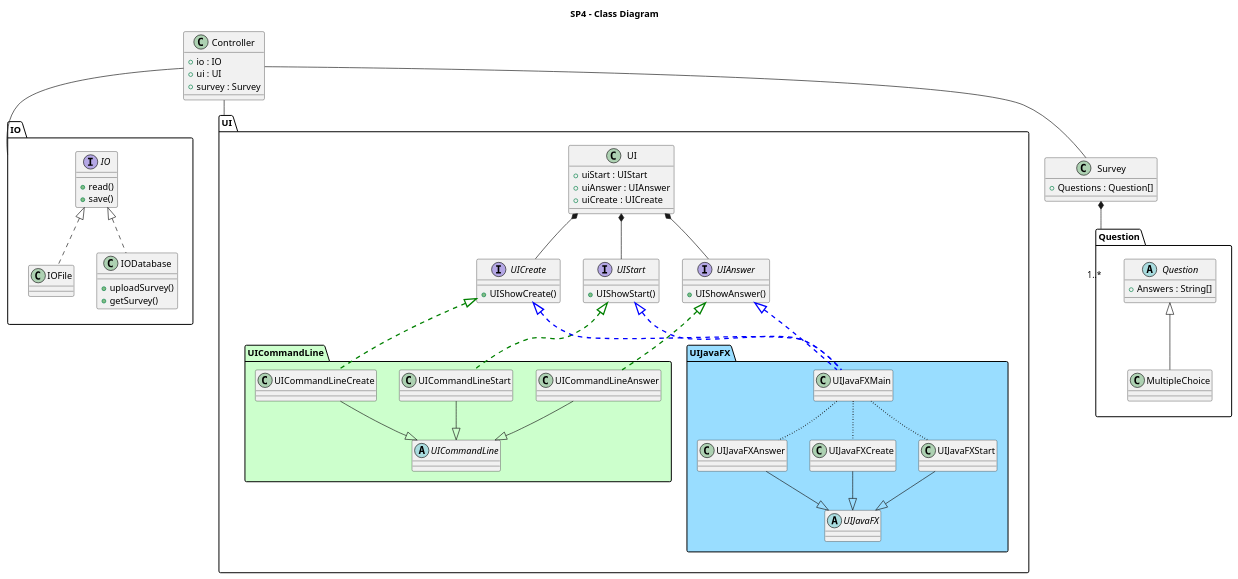
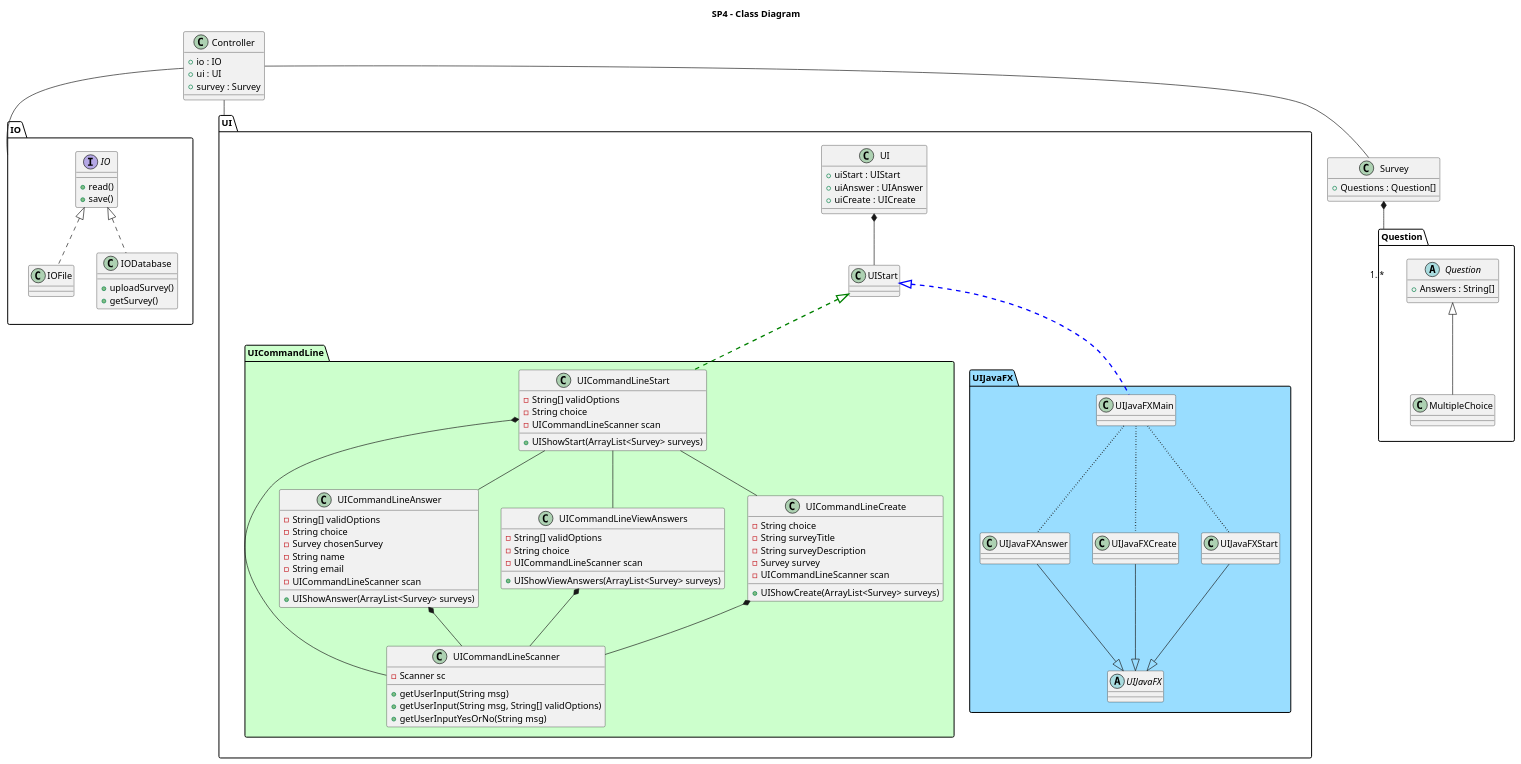
One commit to DeRp-DaWg/SP4 changed the diagram in doc/Class Diagram.puml. Above: the diagram before and after it, drawn with PlantUML. The commit also changed 10 other files, not shown here.

Commit message:
removed unused ui interfaces and updated class diagram

```diff
--- a/doc/Class Diagram.puml
+++ b/doc/Class Diagram.puml
@@ -1,124 +1,147 @@
 @startuml
 'https://plantuml.com/class-diagram
 title SP4 - Class Diagram
 
 package Question {
     abstract class Question {
         + Answers : String[]
     }
 
     class MultipleChoice {
     }
 
     'class CheckboxChoice {'
     '}'
 
     Question <|-- MultipleChoice
     'Question <|-- CheckboxChoice'
 }
 
 class Survey {
     + Questions : Question[]
 }
 
 Survey *--"1..*" Question
 
 
 package IO {
     interface IO {
         + read()
         + save()
     }
 
     class IOFile {
     }
 
     class IODatabase {
         + uploadSurvey()
         + getSurvey()
     }
 
     IO <|.. IOFile
     IO <|.. IODatabase
 }
 
 package UI {
     class UI {
         + uiStart : UIStart
         + uiAnswer : UIAnswer
         + uiCreate : UICreate
     }
 
-    interface UIStart {
-        + UIShowStart()
-    }
+    UI *-- UIStart
 
-    interface UIAnswer {
-        + UIShowAnswer()
-    }
+ package UICommandLine #CCFFCC {
+         class UICommandLineScanner {
+              -Scanner sc
 
-    interface UICreate {
-        + UIShowCreate()
-    }
+              +getUserInput(String msg)
+              +getUserInput(String msg, String[] validOptions)
+              +getUserInputYesOrNo(String msg)
 
-    UI *-- UIStart
-    UI *-- UIAnswer
-    UI *-- UICreate
-    package UICommandLine #CCFFCC {
-        abstract class UICommandLine {
-        }
-        class UICommandLineStart {
-        }
-        class UICommandLineAnswer {
-        }
-        class UICommandLineCreate {
-        }
-        UICommandLineStart --|> UICommandLine
-        UICommandLineAnswer --|> UICommandLine
-        UICommandLineCreate --|> UICommandLine
-    }
+         }
+         class UICommandLineStart {
+               -String[] validOptions
+               -String choice
+               -UICommandLineScanner scan
+
+                +UIShowStart(ArrayList<Survey> surveys)
+         }
+         class UICommandLineAnswer {
+              -String[] validOptions
+              -String choice
+              -Survey chosenSurvey
+              -String name
+              -String email
+              -UICommandLineScanner scan
+
+              +UIShowAnswer(ArrayList<Survey> surveys)
+
+         }
+                 class UICommandLineViewAnswers {
+                      -String[] validOptions
+                      -String choice
+                      -UICommandLineScanner scan
+
+                      +UIShowViewAnswers(ArrayList<Survey> surveys)
+
+                 }
+         class UICommandLineCreate {
+                -String choice
+                -String surveyTitle
+                -String surveyDescription
+                -Survey survey
+                -UICommandLineScanner scan
+
+                +UIShowCreate(ArrayList<Survey> surveys)
+         }
+         UICommandLineStart -- UICommandLineCreate
+         UICommandLineStart -- UICommandLineAnswer
+         UICommandLineStart -- UICommandLineViewAnswers
+         UICommandLineStart *-- UICommandLineScanner
+         UICommandLineAnswer *-- UICommandLineScanner
+         UICommandLineViewAnswers *-- UICommandLineScanner
+         UICommandLineCreate *-- UICommandLineScanner
+ 		}
     package UIJavaFX #99DDFF {
         class UIJavaFXMain {
         }
         abstract class UIJavaFX {
         }
         class UIJavaFXStart {
         }
         class UIJavaFXAnswer {
         }
         class UIJavaFXCreate {
         }
         UIJavaFXStart --|> UIJavaFX
         UIJavaFXAnswer --|> UIJavaFX
         UIJavaFXCreate --|> UIJavaFX
         UIJavaFXMain -[dotted,thickness=2]- UIJavaFXStart
         UIJavaFXMain -[dotted,thickness=2]- UIJavaFXAnswer
         UIJavaFXMain -[dotted,thickness=2]- UIJavaFXCreate
 
         'Ignore the four lines below, their only purpose is to center UIJavaFXMain'
         hiddenhidden -- UIJavaFXStart
         UIJavaFXAnswerr -- UIJavaFXAnswer
         hide hiddenhidden
         hide UIJavaFXAnswerr
 
     }
     UIStart <|..[#green,thickness=2] UICommandLineStart
     UIStart <|..[#blue,thickness=2] UIJavaFXMain
-    UIAnswer <|..[#green,thickness=2] UICommandLineAnswer
-    UIAnswer <|..[#blue,thickness=2] UIJavaFXMain
-    UICreate <|..[#green,thickness=2] UICommandLineCreate
-    UICreate <|..[#blue,thickness=2] UIJavaFXMain
+
 }
 
 class Controller {
     + io : IO
     + ui : UI
     + survey : Survey
 }
 
 Controller -- Survey
 Controller -- IO
 Controller -- UI
 
 
 @enduml
```
